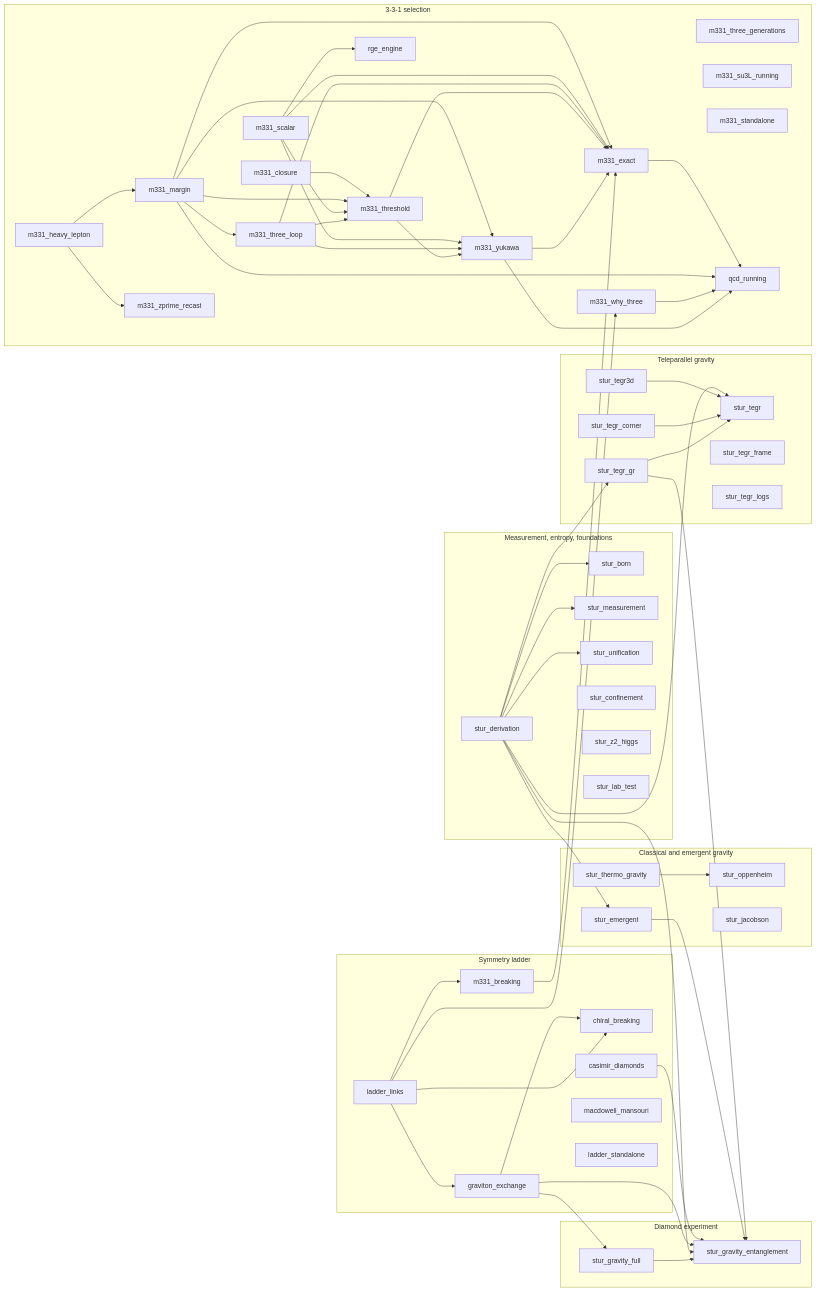
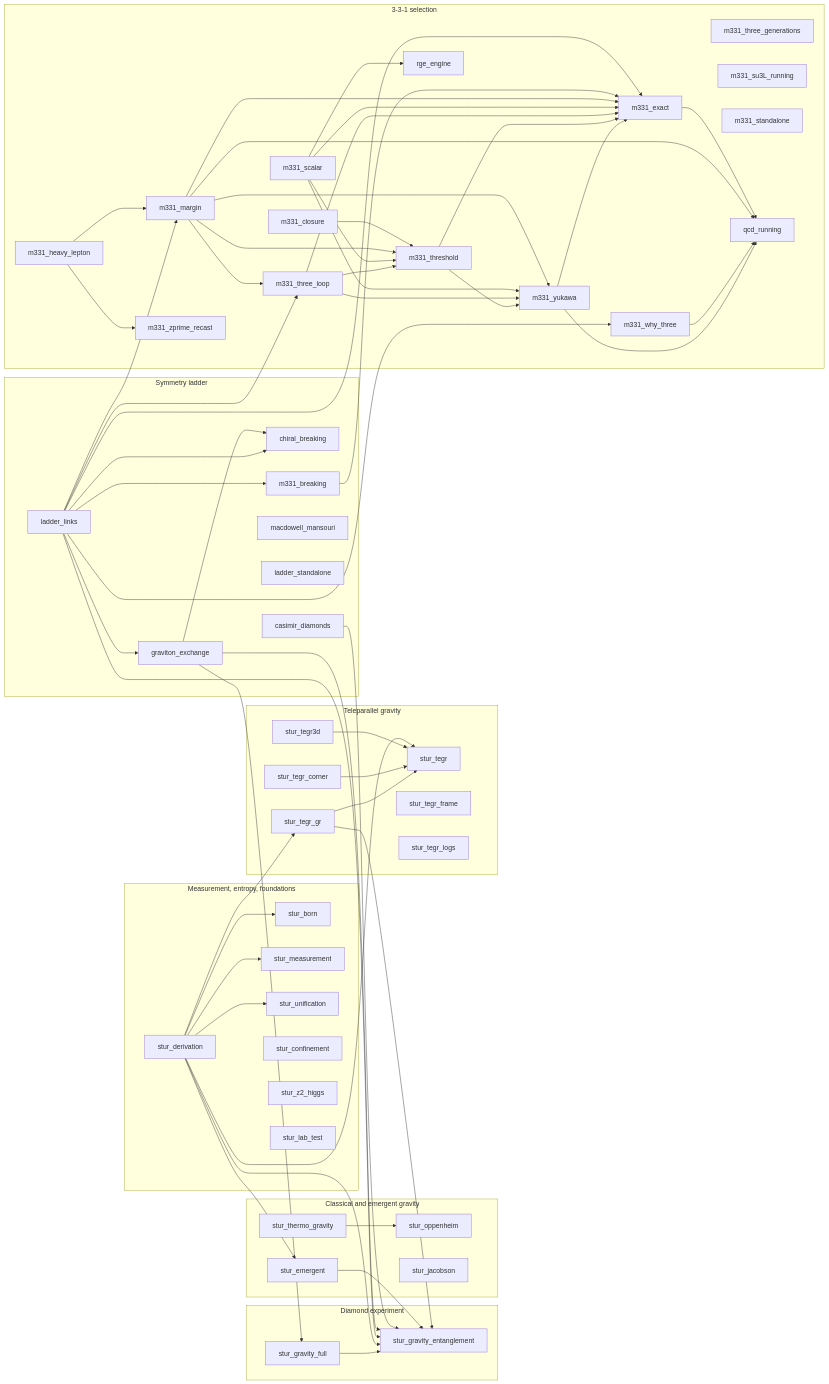
Before and after one commit to sheldonlindberg-afk/STUR-Physics-Lab: the diagram in DEPENDENCIES.md, drawn with Mermaid. The commit also changed other lines of this file and 11 other files, not shown here.

First line of the commit message:
Ladder link 3: the 3-3-1 cutoff M_Pl is rung 4's gravity

```diff
--- a/DEPENDENCIES.md
+++ b/DEPENDENCIES.md
@@ -77,7 +77,11 @@
   ladder_links --> chiral_breaking
   ladder_links --> graviton_exchange
   ladder_links --> m331_breaking
+  ladder_links --> m331_exact
+  ladder_links --> m331_margin
+  ladder_links --> m331_three_loop
   ladder_links --> m331_why_three
+  ladder_links --> stur_gravity_entanglement
   m331_breaking --> m331_exact
   m331_closure --> m331_threshold
   m331_exact --> qcd_running
```
